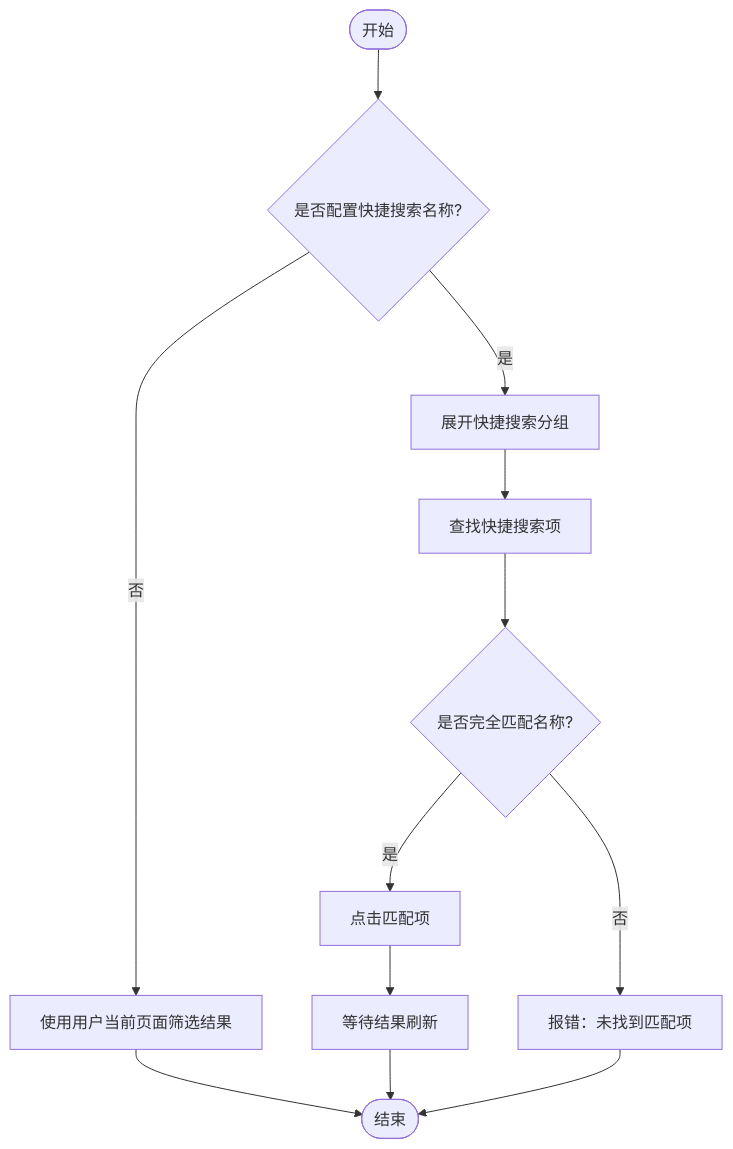
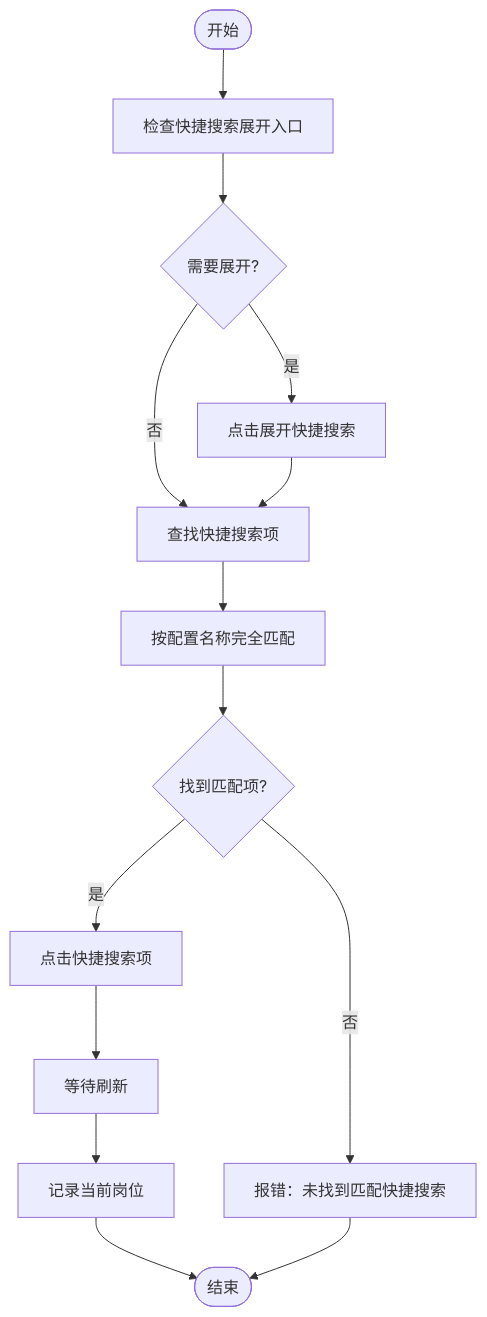
The third of 6 diagrams in .qoder/repowiki/zh/content/本地执行器/平台适配器/猎聘适配器/搜索功能.md (alvinwangzi/goodhr), drawn with Mermaid before and after one commit. The commit also changed other lines of this file and 149 other files, not shown here.

````diff
--- a/.qoder/repowiki/zh/content/本地执行器/平台适配器/猎聘适配器/搜索功能.md
+++ b/.qoder/repowiki/zh/content/本地执行器/平台适配器/猎聘适配器/搜索功能.md
@@ -135,14 +157,16 @@
 ```mermaid
 flowchart TD
-Start(["开始"]) --> CheckShortcut{"是否配置快捷搜索名称?"}
-CheckShortcut --> |否| UseManual["使用用户当前页面筛选结果"]
-CheckShortcut --> |是| ExpandShortcuts["展开快捷搜索分组"]
-ExpandShortcuts --> FindItems["查找快捷搜索项"]
-FindItems --> MatchExact{"是否完全匹配名称?"}
-MatchExact --> |是| ClickItem["点击匹配项"]
-MatchExact --> |否| ErrorNoMatch["报错：未找到匹配项"]
-ClickItem --> WaitRefresh["等待结果刷新"]
-UseManual --> End(["结束"])
-WaitRefresh --> End
-ErrorNoMatch --> End
+Start(["开始"]) --> CheckExpandShortcuts["检查快捷搜索展开入口"]
+CheckExpandShortcuts --> ExpandShortcuts{"需要展开?"}
+ExpandShortcuts --> |是| ClickExpandShortcuts["点击展开快捷搜索"]
+ExpandShortcuts --> |否| FindShortcuts["查找快捷搜索项"]
+ClickExpandShortcuts --> FindShortcuts
+FindShortcuts --> MatchShortcut["按配置名称完全匹配"]
+MatchShortcut --> FoundShortcut{"找到匹配项?"}
+FoundShortcut --> |否| ErrorNoShortcut["报错：未找到匹配快捷搜索"]
+FoundShortcut --> |是| ClickShortcut["点击快捷搜索项"]
+ClickShortcut --> WaitRefresh["等待刷新"]
+WaitRefresh --> SetPosition["记录当前岗位"]
+SetPosition --> End(["结束"])
+ErrorNoShortcut --> End
 ```
````
